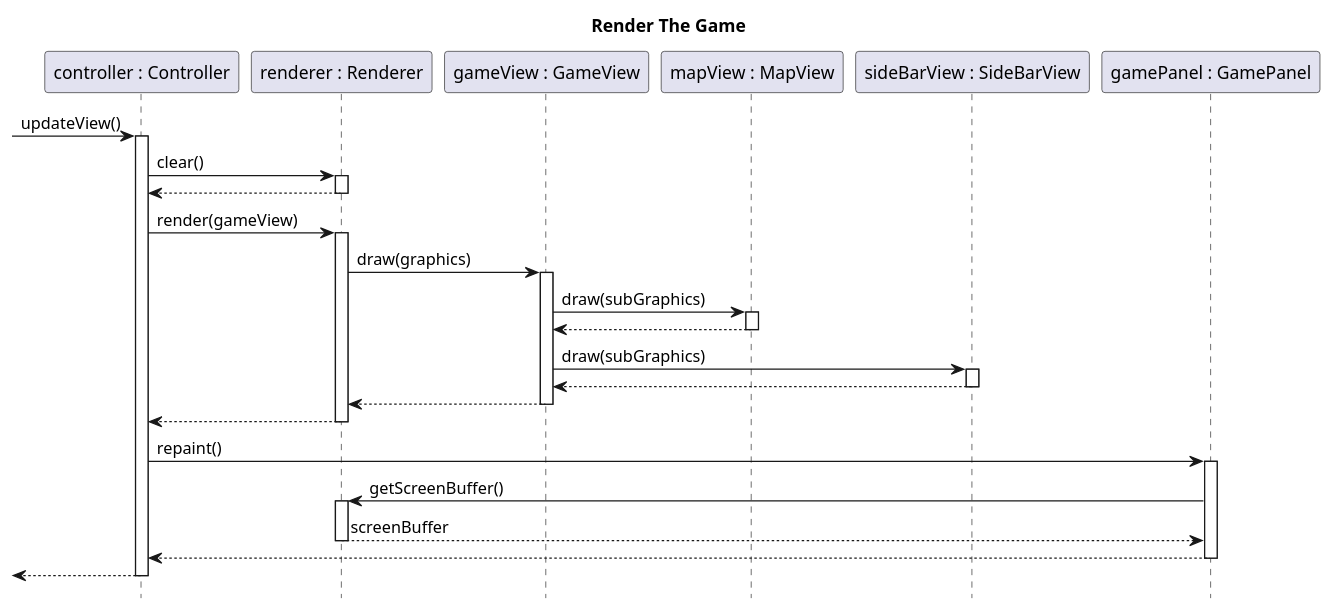
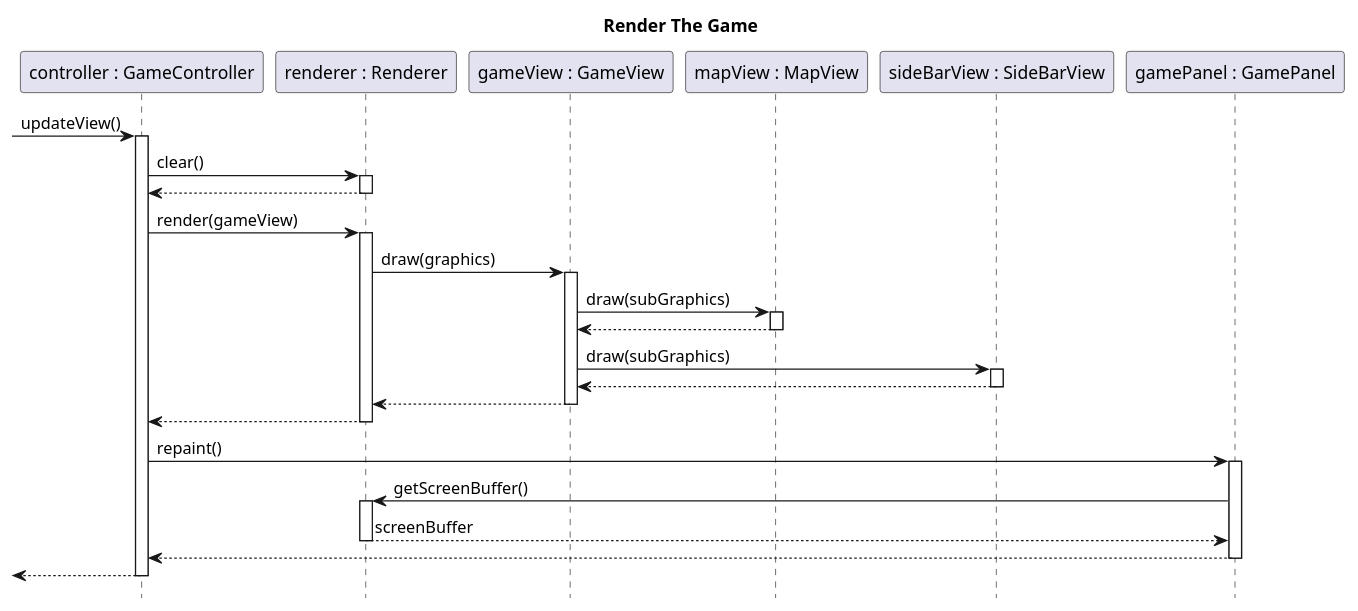
One commit to sn4k3ch4rm3r/logarlec changed the first of 4 diagrams in docs/diagrams/graphics-sequence/rendering.puml. Above: the diagram before and after it, drawn with PlantUML. The commit also changed 1 other file, not shown here.

```diff
--- a/docs/diagrams/graphics-sequence/rendering.puml
+++ b/docs/diagrams/graphics-sequence/rendering.puml
@@ -1,31 +1,31 @@
 @startuml render-game
 
 title Render The Game
 hide footbox
 skinparam SequenceReferenceBackgroundColor white
 
-participant "controller : Controller" as controller
+participant "controller : GameController" as controller
 participant "renderer : Renderer" as renderer
 participant "gameView : GameView" as gameView
 participant "mapView : MapView" as mapView
 participant "sideBarView : SideBarView" as sideBarView
 participant "gamePanel : GamePanel" as gamePanel
 
 [-> controller ++: updateView()
 	controller -> renderer ++: clear()
 	return
 	controller -> renderer ++: render(gameView)
 		renderer -> gameView ++: draw(graphics)
 			gameView -> mapView ++: draw(subGraphics)
 			return
 			gameView -> sideBarView ++: draw(subGraphics)
 			return
 		return
 	return
 	controller -> gamePanel ++: repaint()
 		gamePanel -> renderer ++: getScreenBuffer()
 		return screenBuffer
 	return
 return
 
 @enduml
```
